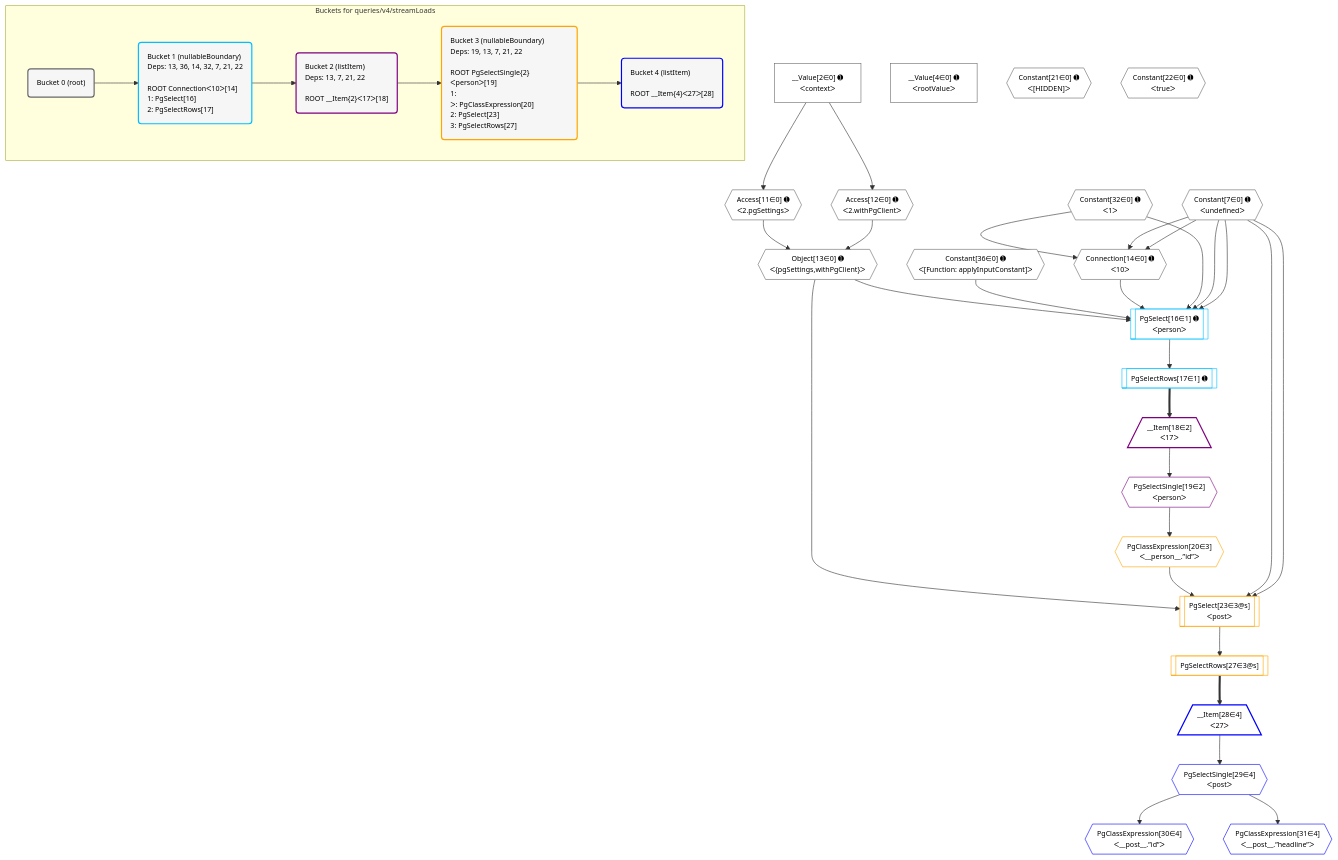
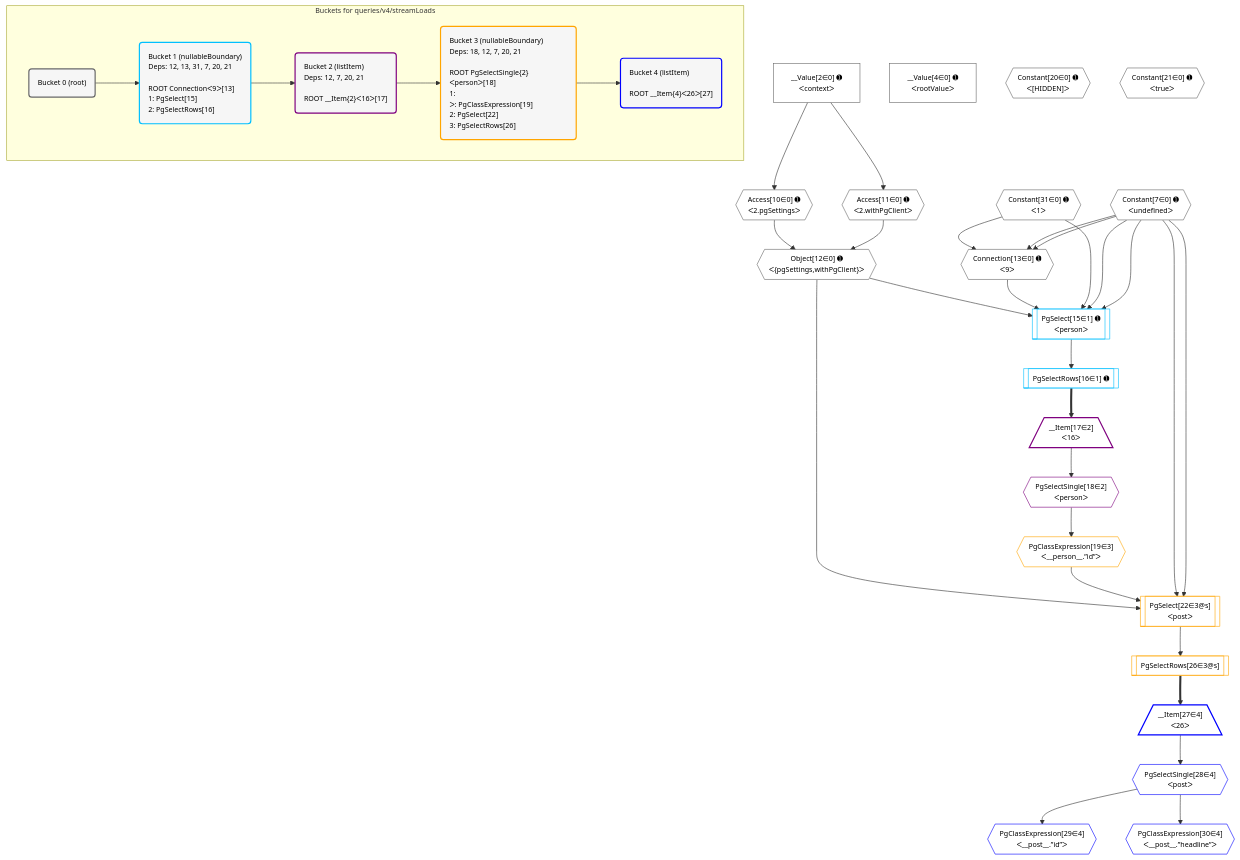
Before and after one commit to graphile/crystal: the diagram in postgraphile/postgraphile/__tests__/queries/v4/streamLoads.mermaid, drawn with Mermaid. The commit also changed 136 other files, not shown here.

Commit message:
Update plan diagrams now input plans are deduped

```diff
--- a/postgraphile/postgraphile/__tests__/queries/v4/streamLoads.mermaid
+++ b/postgraphile/postgraphile/__tests__/queries/v4/streamLoads.mermaid
@@ -1,72 +1,71 @@
 %%{init: {'themeVariables': { 'fontSize': '12px'}}}%%
 graph TD
     classDef path fill:#eee,stroke:#000,color:#000
     classDef plan fill:#fff,stroke-width:1px,color:#000
     classDef itemplan fill:#fff,stroke-width:2px,color:#000
     classDef unbatchedplan fill:#dff,stroke-width:1px,color:#000
     classDef sideeffectplan fill:#fcc,stroke-width:2px,color:#000
     classDef bucket fill:#f6f6f6,color:#000,stroke-width:2px,text-align:left
 
 
     %% plan dependencies
-    Connection14{{"Connection[14∈0] ➊<br />ᐸ10ᐳ"}}:::plan
-    Constant32{{"Constant[32∈0] ➊<br />ᐸ1ᐳ"}}:::plan
+    Connection13{{"Connection[13∈0] ➊<br />ᐸ9ᐳ"}}:::plan
+    Constant31{{"Constant[31∈0] ➊<br />ᐸ1ᐳ"}}:::plan
     Constant7{{"Constant[7∈0] ➊<br />ᐸundefinedᐳ"}}:::plan
-    Constant32 & Constant7 & Constant7 --> Connection14
-    Object13{{"Object[13∈0] ➊<br />ᐸ{pgSettings,withPgClient}ᐳ"}}:::plan
-    Access11{{"Access[11∈0] ➊<br />ᐸ2.pgSettingsᐳ"}}:::plan
-    Access12{{"Access[12∈0] ➊<br />ᐸ2.withPgClientᐳ"}}:::plan
-    Access11 & Access12 --> Object13
+    Constant31 & Constant7 & Constant7 --> Connection13
+    Object12{{"Object[12∈0] ➊<br />ᐸ{pgSettings,withPgClient}ᐳ"}}:::plan
+    Access10{{"Access[10∈0] ➊<br />ᐸ2.pgSettingsᐳ"}}:::plan
+    Access11{{"Access[11∈0] ➊<br />ᐸ2.withPgClientᐳ"}}:::plan
+    Access10 & Access11 --> Object12
     __Value2["__Value[2∈0] ➊<br />ᐸcontextᐳ"]:::plan
+    __Value2 --> Access10
     __Value2 --> Access11
-    __Value2 --> Access12
     __Value4["__Value[4∈0] ➊<br />ᐸrootValueᐳ"]:::plan
-    Constant21{{"Constant[21∈0] ➊<br />ᐸ[HIDDEN]ᐳ"}}:::plan
-    Constant22{{"Constant[22∈0] ➊<br />ᐸtrueᐳ"}}:::plan
-    Constant36{{"Constant[36∈0] ➊<br />ᐸ[Function: applyInputConstant]ᐳ"}}:::plan
-    PgSelect16[["PgSelect[16∈1] ➊<br />ᐸpersonᐳ"]]:::plan
-    Object13 & Constant36 & Connection14 & Constant32 & Constant7 & Constant7 --> PgSelect16
-    PgSelectRows17[["PgSelectRows[17∈1] ➊"]]:::plan
-    PgSelect16 --> PgSelectRows17
-    __Item18[/"__Item[18∈2]<br />ᐸ17ᐳ"\]:::itemplan
-    PgSelectRows17 ==> __Item18
-    PgSelectSingle19{{"PgSelectSingle[19∈2]<br />ᐸpersonᐳ"}}:::plan
-    __Item18 --> PgSelectSingle19
-    PgSelect23[["PgSelect[23∈3@s]<br />ᐸpostᐳ"]]:::plan
-    PgClassExpression20{{"PgClassExpression[20∈3]<br />ᐸ__person__.”id”ᐳ"}}:::plan
-    Object13 & PgClassExpression20 & Constant7 & Constant7 --> PgSelect23
-    PgSelectSingle19 --> PgClassExpression20
-    PgSelectRows27[["PgSelectRows[27∈3@s]"]]:::plan
-    PgSelect23 --> PgSelectRows27
-    __Item28[/"__Item[28∈4]<br />ᐸ27ᐳ"\]:::itemplan
-    PgSelectRows27 ==> __Item28
-    PgSelectSingle29{{"PgSelectSingle[29∈4]<br />ᐸpostᐳ"}}:::plan
-    __Item28 --> PgSelectSingle29
-    PgClassExpression30{{"PgClassExpression[30∈4]<br />ᐸ__post__.”id”ᐳ"}}:::plan
-    PgSelectSingle29 --> PgClassExpression30
-    PgClassExpression31{{"PgClassExpression[31∈4]<br />ᐸ__post__.”headline”ᐳ"}}:::plan
-    PgSelectSingle29 --> PgClassExpression31
+    Constant20{{"Constant[20∈0] ➊<br />ᐸ[HIDDEN]ᐳ"}}:::plan
+    Constant21{{"Constant[21∈0] ➊<br />ᐸtrueᐳ"}}:::plan
+    PgSelect15[["PgSelect[15∈1] ➊<br />ᐸpersonᐳ"]]:::plan
+    Object12 & Connection13 & Constant31 & Constant7 & Constant7 --> PgSelect15
+    PgSelectRows16[["PgSelectRows[16∈1] ➊"]]:::plan
+    PgSelect15 --> PgSelectRows16
+    __Item17[/"__Item[17∈2]<br />ᐸ16ᐳ"\]:::itemplan
+    PgSelectRows16 ==> __Item17
+    PgSelectSingle18{{"PgSelectSingle[18∈2]<br />ᐸpersonᐳ"}}:::plan
+    __Item17 --> PgSelectSingle18
+    PgSelect22[["PgSelect[22∈3@s]<br />ᐸpostᐳ"]]:::plan
+    PgClassExpression19{{"PgClassExpression[19∈3]<br />ᐸ__person__.”id”ᐳ"}}:::plan
+    Object12 & PgClassExpression19 & Constant7 & Constant7 --> PgSelect22
+    PgSelectSingle18 --> PgClassExpression19
+    PgSelectRows26[["PgSelectRows[26∈3@s]"]]:::plan
+    PgSelect22 --> PgSelectRows26
+    __Item27[/"__Item[27∈4]<br />ᐸ26ᐳ"\]:::itemplan
+    PgSelectRows26 ==> __Item27
+    PgSelectSingle28{{"PgSelectSingle[28∈4]<br />ᐸpostᐳ"}}:::plan
+    __Item27 --> PgSelectSingle28
+    PgClassExpression29{{"PgClassExpression[29∈4]<br />ᐸ__post__.”id”ᐳ"}}:::plan
+    PgSelectSingle28 --> PgClassExpression29
+    PgClassExpression30{{"PgClassExpression[30∈4]<br />ᐸ__post__.”headline”ᐳ"}}:::plan
+    PgSelectSingle28 --> PgClassExpression30
 
     %% define steps
 
     subgraph "Buckets for queries/v4/streamLoads"
     Bucket0("Bucket 0 (root)"):::bucket
     classDef bucket0 stroke:#696969
-    class Bucket0,__Value2,__Value4,Constant7,Access11,Access12,Object13,Connection14,Constant21,Constant22,Constant32,Constant36 bucket0
-    Bucket1("Bucket 1 (nullableBoundary)<br />Deps: 13, 36, 14, 32, 7, 21, 22<br /><br />ROOT Connectionᐸ10ᐳ[14]<br />1: PgSelect[16]<br />2: PgSelectRows[17]"):::bucket
+    class Bucket0,__Value2,__Value4,Constant7,Access10,Access11,Object12,Connection13,Constant20,Constant21,Constant31 bucket0
+    Bucket1("Bucket 1 (nullableBoundary)<br />Deps: 12, 13, 31, 7, 20, 21<br /><br />ROOT Connectionᐸ9ᐳ[13]<br />1: PgSelect[15]<br />2: PgSelectRows[16]"):::bucket
     classDef bucket1 stroke:#00bfff
-    class Bucket1,PgSelect16,PgSelectRows17 bucket1
-    Bucket2("Bucket 2 (listItem)<br />Deps: 13, 7, 21, 22<br /><br />ROOT __Item{2}ᐸ17ᐳ[18]"):::bucket
+    class Bucket1,PgSelect15,PgSelectRows16 bucket1
+    Bucket2("Bucket 2 (listItem)<br />Deps: 12, 7, 20, 21<br /><br />ROOT __Item{2}ᐸ16ᐳ[17]"):::bucket
     classDef bucket2 stroke:#7f007f
-    class Bucket2,__Item18,PgSelectSingle19 bucket2
-    Bucket3("Bucket 3 (nullableBoundary)<br />Deps: 19, 13, 7, 21, 22<br /><br />ROOT PgSelectSingle{2}ᐸpersonᐳ[19]<br />1: <br />ᐳ: PgClassExpression[20]<br />2: PgSelect[23]<br />3: PgSelectRows[27]"):::bucket
+    class Bucket2,__Item17,PgSelectSingle18 bucket2
+    Bucket3("Bucket 3 (nullableBoundary)<br />Deps: 18, 12, 7, 20, 21<br /><br />ROOT PgSelectSingle{2}ᐸpersonᐳ[18]<br />1: <br />ᐳ: PgClassExpression[19]<br />2: PgSelect[22]<br />3: PgSelectRows[26]"):::bucket
     classDef bucket3 stroke:#ffa500
-    class Bucket3,PgClassExpression20,PgSelect23,PgSelectRows27 bucket3
-    Bucket4("Bucket 4 (listItem)<br /><br />ROOT __Item{4}ᐸ27ᐳ[28]"):::bucket
+    class Bucket3,PgClassExpression19,PgSelect22,PgSelectRows26 bucket3
+    Bucket4("Bucket 4 (listItem)<br /><br />ROOT __Item{4}ᐸ26ᐳ[27]"):::bucket
     classDef bucket4 stroke:#0000ff
-    class Bucket4,__Item28,PgSelectSingle29,PgClassExpression30,PgClassExpression31 bucket4
+    class Bucket4,__Item27,PgSelectSingle28,PgClassExpression29,PgClassExpression30 bucket4
     Bucket0 --> Bucket1
     Bucket1 --> Bucket2
     Bucket2 --> Bucket3
     Bucket3 --> Bucket4
     end
```
